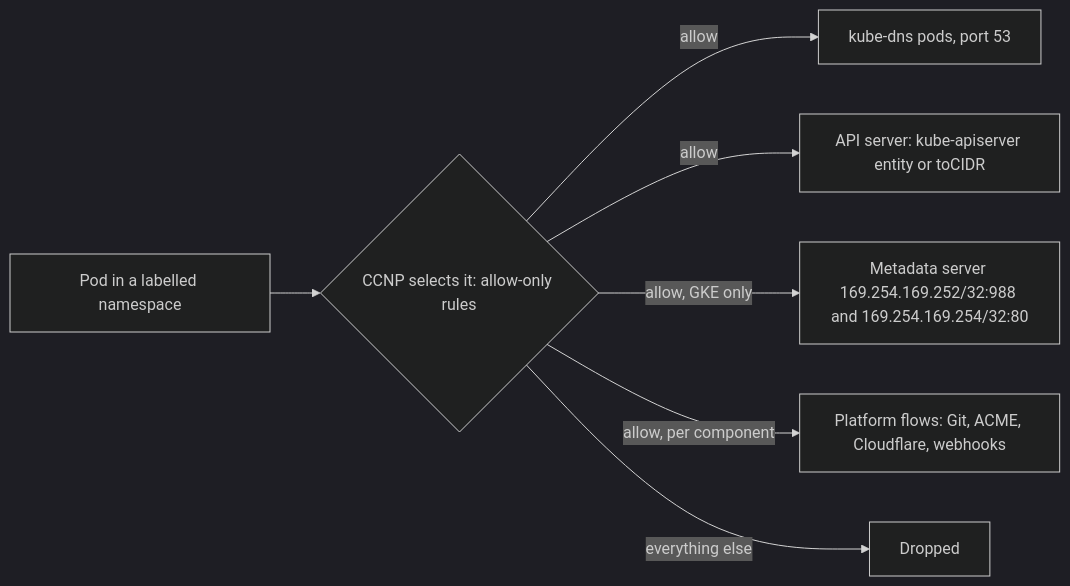
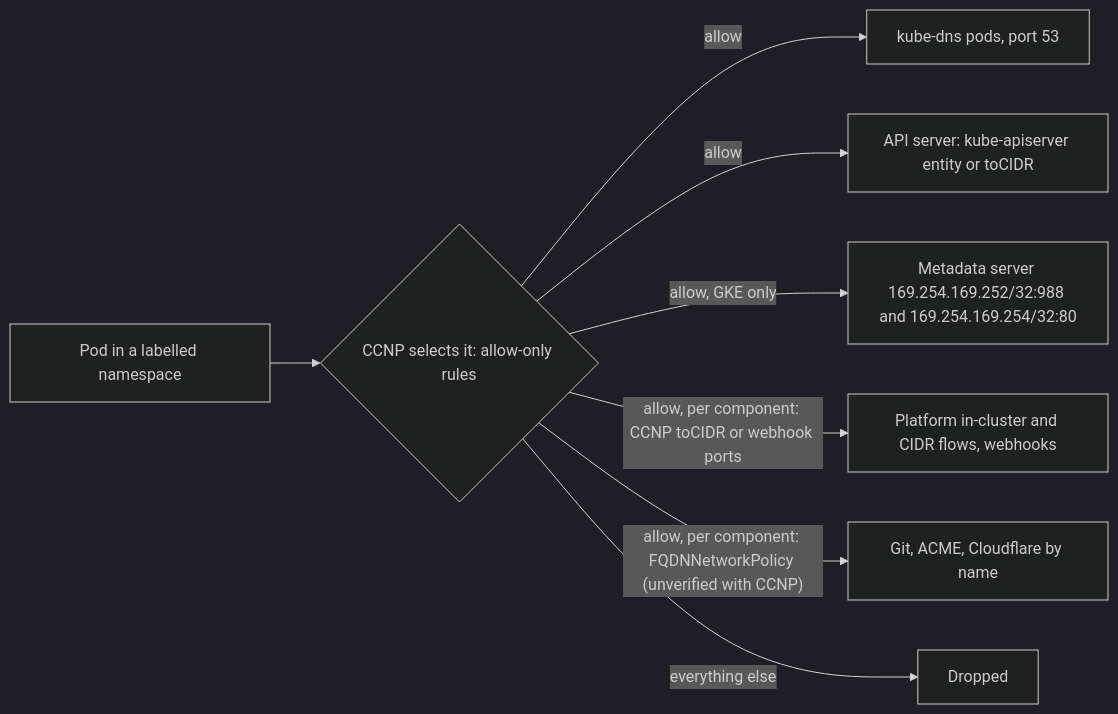
Before and after one commit to gsuquet/infra: the third of 4 diagrams in docs/rfc/0024-gke.md, drawn with Mermaid (dark theme). The commit also changed other lines of this file, not shown here.

````diff
--- a/docs/rfc/0024-gke.md
+++ b/docs/rfc/0024-gke.md
@@ -229,9 +244,10 @@
 ```mermaid
 flowchart LR
   pod["Pod in a labelled namespace"] --> deny{"CCNP selects it: allow-only rules"}
   deny -- "allow" --> kdns["kube-dns pods, port 53"]
   deny -- "allow" --> api["API server: kube-apiserver entity or toCIDR"]
   deny -- "allow, GKE only" --> md["Metadata server 169.254.169.252/32:988 and 169.254.169.254/32:80"]
-  deny -- "allow, per component" --> comp["Platform flows: Git, ACME, Cloudflare, webhooks"]
+  deny -- "allow, per component: CCNP toCIDR or webhook ports" --> comp["Platform in-cluster and CIDR flows, webhooks"]
+  deny -- "allow, per component: FQDNNetworkPolicy (unverified with CCNP)" --> fqdn["Git, ACME, Cloudflare by name"]
   deny -- "everything else" --> drop["Dropped"]
 ```
````
